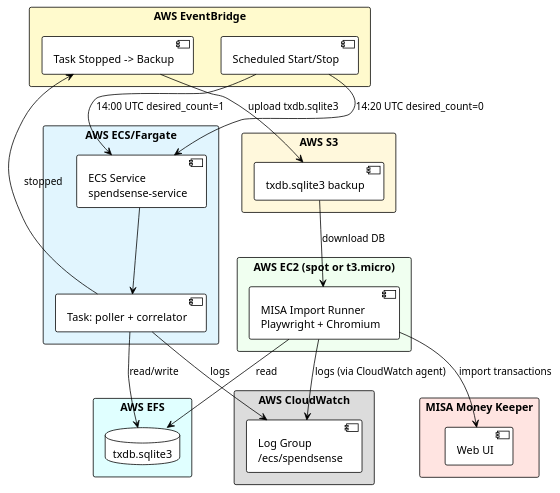
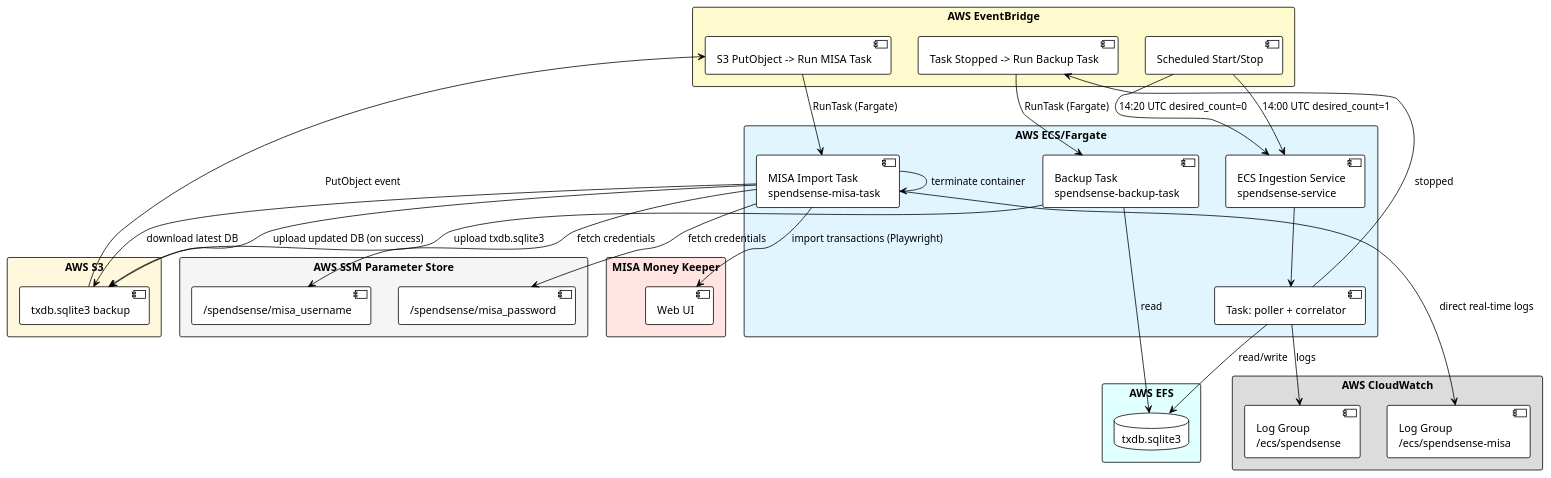
Before and after one commit to PhanCuong91/SpendSense: the first of 2 diagrams in ai/update_misa_implementation/misa_deployment_requirements.md, drawn with PlantUML. The commit also changed other lines of this file and 28 other files, not shown here.

Commit message:
docs: convert MISA runner architecture from EC2 to ECS Fargate task with direct CloudWatch logging

````diff
--- a/ai/update_misa_implementation/misa_deployment_requirements.md
+++ b/ai/update_misa_implementation/misa_deployment_requirements.md
@@ -28,49 +29,61 @@
 ```plantuml
 @startuml DeploymentArchitecture
 !theme plain
 skinparam packageStyle rectangle
 
 package "AWS ECS/Fargate" #E1F5FE {
-    [ECS Service\nspendsense-service] as ECS
+    [ECS Ingestion Service\nspendsense-service] as ECS
     [Task: poller + correlator] as TASK
+    [Backup Task\nspendsense-backup-task] as BACKUP_TASK
+    [MISA Import Task\nspendsense-misa-task] as MISA_TASK
 }
 
 package "AWS EFS" #E0FFFF {
     database "txdb.sqlite3" as DB
 }
 
 package "AWS S3" #FFF8DC {
     [txdb.sqlite3 backup] as S3
 }
 
 package "AWS CloudWatch" #DCDCDC {
-    [Log Group\n/ecs/spendsense] as CW
+    [Log Group\n/ecs/spendsense] as CW_APP
+    [Log Group\n/ecs/spendsense-misa] as CW_MISA
 }
 
 package "AWS EventBridge" #FFFACD {
     [Scheduled Start/Stop] as SCHED
-    [Task Stopped -> Backup] as BACKUP_RULE
+    [Task Stopped -> Run Backup Task] as BACKUP_RULE
+    [S3 PutObject -> Run MISA Task] as MISA_RULE
 }
 
-package "AWS EC2 (spot or t3.micro)" #F0FFF0 {
-    [MISA Import Runner\nPlaywright + Chromium] as MISA
+package "AWS SSM Parameter Store" #F5F5F5 {
+    [/spendsense/misa_username] as SSM_USER
+    [/spendsense/misa_password] as SSM_PASS
 }
 
 package "MISA Money Keeper" #FFE4E1 {
     [Web UI] as MISA_UI
 }
 
 SCHED --> ECS : 14:00 UTC desired_count=1
 ECS --> TASK
 TASK --> DB : read/write
-TASK --> CW : logs
+TASK --> CW_APP : logs
 SCHED --> ECS : 14:20 UTC desired_count=0
 TASK --> BACKUP_RULE : stopped
-BACKUP_RULE --> S3 : upload txdb.sqlite3
-S3 --> MISA : download DB
-MISA --> DB : read
-MISA --> MISA_UI : import transactions
-MISA --> CW : logs (via CloudWatch agent)
+BACKUP_RULE --> BACKUP_TASK : RunTask (Fargate)
+BACKUP_TASK --> DB : read
+BACKUP_TASK --> S3 : upload txdb.sqlite3
+S3 --> MISA_RULE : PutObject event
+MISA_RULE --> MISA_TASK : RunTask (Fargate)
+MISA_TASK --> S3 : download latest DB
+MISA_TASK --> SSM_USER : fetch credentials
+MISA_TASK --> SSM_PASS : fetch credentials
+MISA_TASK --> MISA_UI : import transactions (Playwright)
+MISA_TASK --> S3 : upload updated DB (on success)
+MISA_TASK --> CW_MISA : direct real-time logs
+MISA_TASK --> MISA_TASK : terminate container
 
 @enduml
 ```
````
